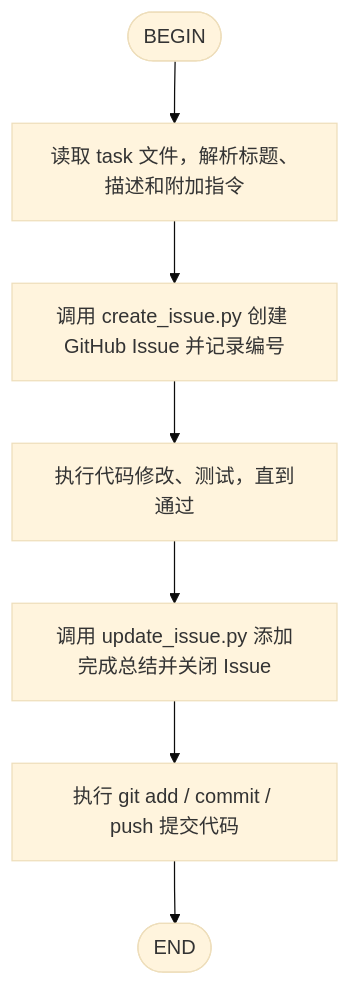
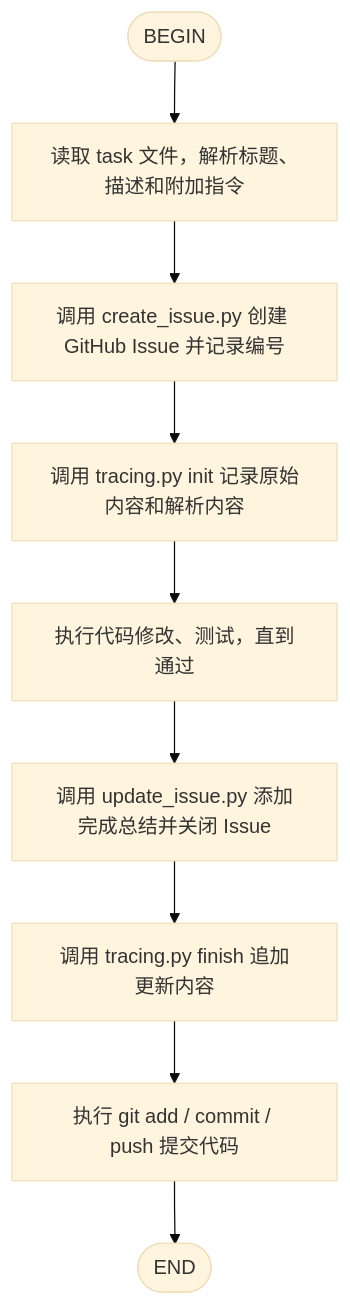
One commit to variableway/spark-skills changed the diagram in github-task-workflow/SKILL.md. Above: the diagram before and after it, drawn with Mermaid (base theme). The commit also changed other lines of this file and 4 other files, not shown here.

````diff
--- a/github-task-workflow/SKILL.md
+++ b/github-task-workflow/SKILL.md
@@ -59,9 +59,11 @@
 ```mermaid
 flowchart TD
     BEGIN([BEGIN]) --> READ[读取 task 文件，解析标题、描述和附加指令]
     READ --> CREATE[调用 create_issue.py 创建 GitHub Issue 并记录编号]
-    CREATE --> IMPLEMENT[执行代码修改、测试，直到通过]
+    CREATE --> TRACE_INIT[调用 tracing.py init 记录原始内容和解析内容]
+    TRACE_INIT --> IMPLEMENT[执行代码修改、测试，直到通过]
     IMPLEMENT --> UPDATE[调用 update_issue.py 添加完成总结并关闭 Issue]
-    UPDATE --> COMMIT[执行 git add / commit / push 提交代码]
+    UPDATE --> TRACE_FINISH[调用 tracing.py finish 追加更新内容]
+    TRACE_FINISH --> COMMIT[执行 git add / commit / push 提交代码]
     COMMIT --> END([END])
 ```
````
